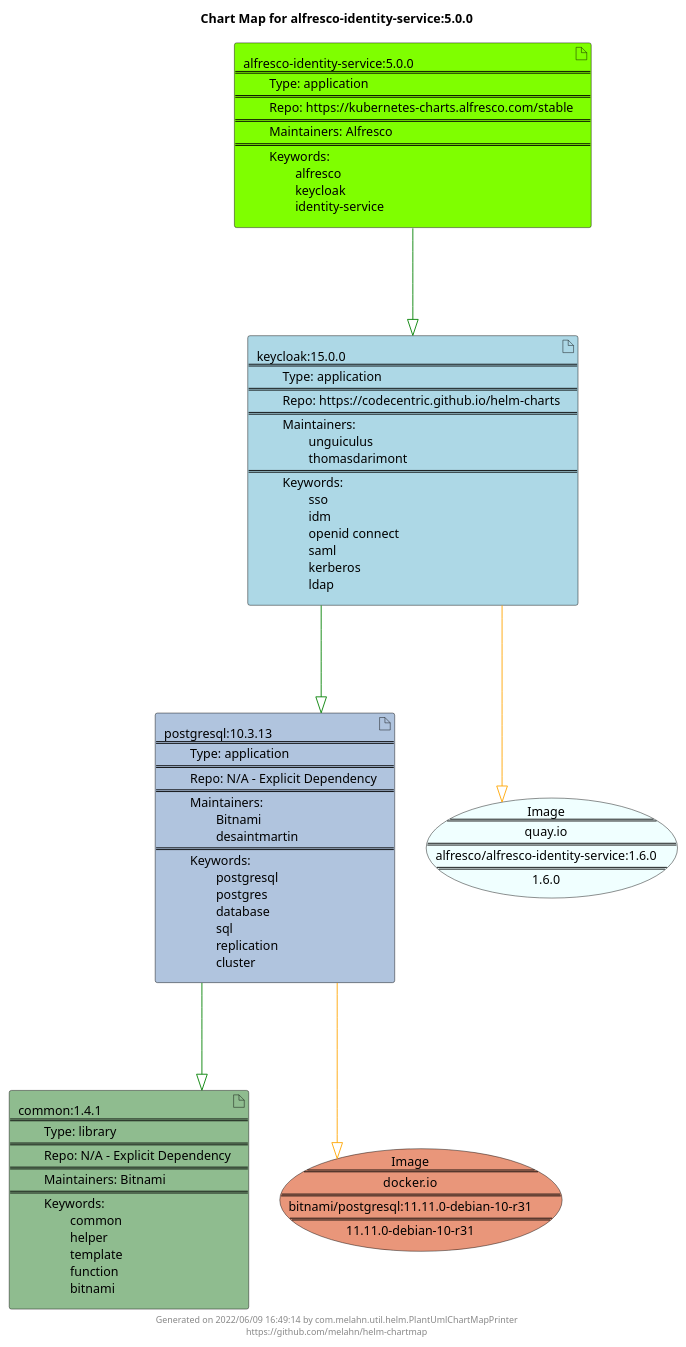
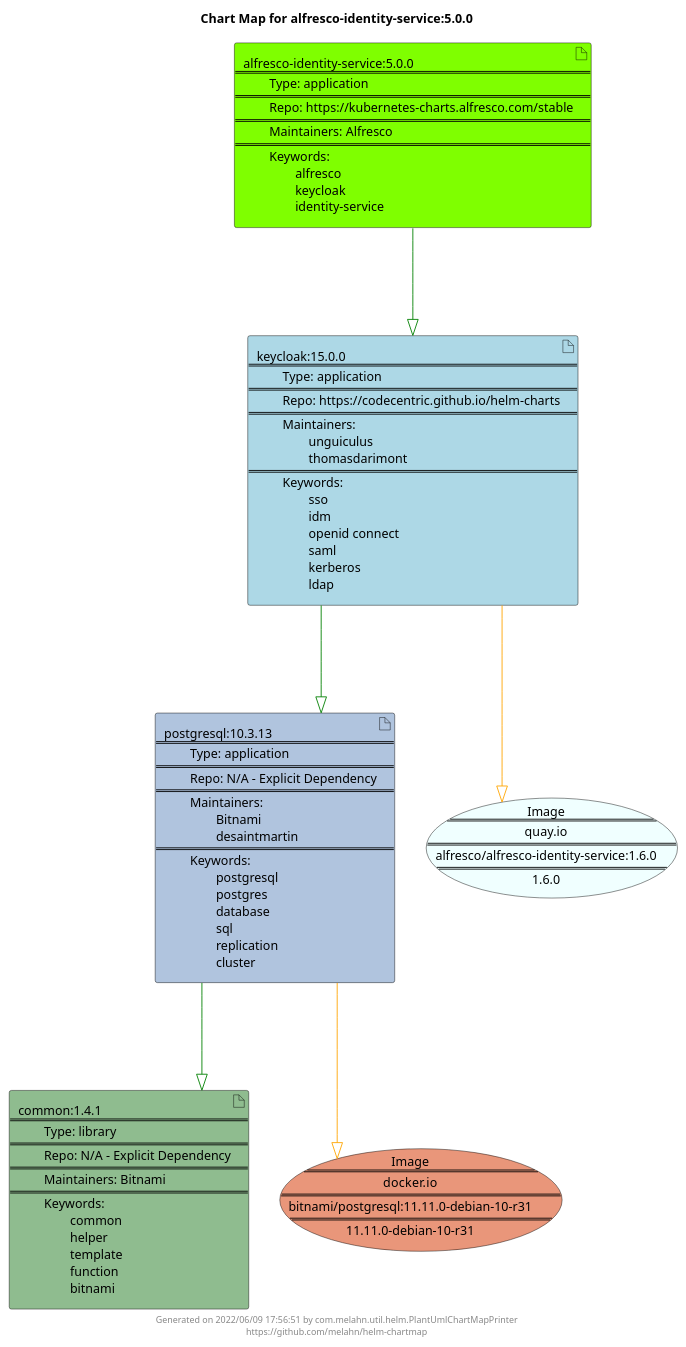
The diagram in docs/alfresco-identity-service/alfresco-identity-service-5.0.0.puml (melahn/helm-chartmap), drawn with PlantUML before and after one commit. The commit also changed 59 other files, not shown here.

Commit message:
Update Example Chart Maps as part of GitHub build

```diff
--- a/docs/alfresco-identity-service/alfresco-identity-service-5.0.0.puml
+++ b/docs/alfresco-identity-service/alfresco-identity-service-5.0.0.puml
@@ -1,29 +1,29 @@
 @startuml
 skinparam linetype ortho
 skinparam backgroundColor white
 skinparam usecaseBorderColor black
 skinparam usecaseArrowColor LightSlateGray
 skinparam artifactBorderColor black
 skinparam artifactArrowColor LightSlateGray
 
 title Chart Map for alfresco-identity-service:5.0.0
 
 'There are 4 referenced Helm Charts
 artifact "common:1.4.1\n====\n\tType: library\n====\n\tRepo: N/A - Explicit Dependency\n====\n\tMaintainers: Bitnami\n====\n\tKeywords: \n\t\tcommon\n\t\thelper\n\t\ttemplate\n\t\tfunction\n\t\tbitnami" as common_1_4_1 #DarkSeaGreen
 artifact "alfresco-identity-service:5.0.0\n====\n\tType: application\n====\n\tRepo: https://kubernetes-charts.alfresco.com/stable\n====\n\tMaintainers: Alfresco\n====\n\tKeywords: \n\t\talfresco\n\t\tkeycloak\n\t\tidentity-service" as alfresco_identity_service_5_0_0 #Chartreuse
 artifact "postgresql:10.3.13\n====\n\tType: application\n====\n\tRepo: N/A - Explicit Dependency\n====\n\tMaintainers: \n\t\tBitnami\n\t\tdesaintmartin\n====\n\tKeywords: \n\t\tpostgresql\n\t\tpostgres\n\t\tdatabase\n\t\tsql\n\t\treplication\n\t\tcluster" as postgresql_10_3_13 #LightSteelBlue
 artifact "keycloak:15.0.0\n====\n\tType: application\n====\n\tRepo: https://codecentric.github.io/helm-charts\n====\n\tMaintainers: \n\t\tunguiculus\n\t\tthomasdarimont\n====\n\tKeywords: \n\t\tsso\n\t\tidm\n\t\topenid connect\n\t\tsaml\n\t\tkerberos\n\t\tldap" as keycloak_15_0_0 #LightBlue
 
 'There are 2 referenced Docker Images
 usecase "Image\n====\nquay.io\n====\nalfresco/alfresco-identity-service:1.6.0\n====\n1.6.0" as quay_io_alfresco_alfresco_identity_service_1_6_0 #Azure
 usecase "Image\n====\ndocker.io\n====\nbitnami/postgresql:11.11.0-debian-10-r31\n====\n11.11.0-debian-10-r31" as docker_io_bitnami_postgresql_11_11_0_debian_10_r31 #DarkSalmon
 
 'Chart Dependencies
 alfresco_identity_service_5_0_0--[#green]-|>keycloak_15_0_0
 keycloak_15_0_0--[#green]-|>postgresql_10_3_13
 postgresql_10_3_13--[#green]-|>common_1_4_1
 postgresql_10_3_13--[#orange]-|>docker_io_bitnami_postgresql_11_11_0_debian_10_r31
 keycloak_15_0_0--[#orange]-|>quay_io_alfresco_alfresco_identity_service_1_6_0
 
-center footer Generated on 2022/06/09 16:49:14 by com.melahn.util.helm.PlantUmlChartMapPrinter\nhttps://github.com/melahn/helm-chartmap
+center footer Generated on 2022/06/09 17:56:51 by com.melahn.util.helm.PlantUmlChartMapPrinter\nhttps://github.com/melahn/helm-chartmap
 @enduml
```
